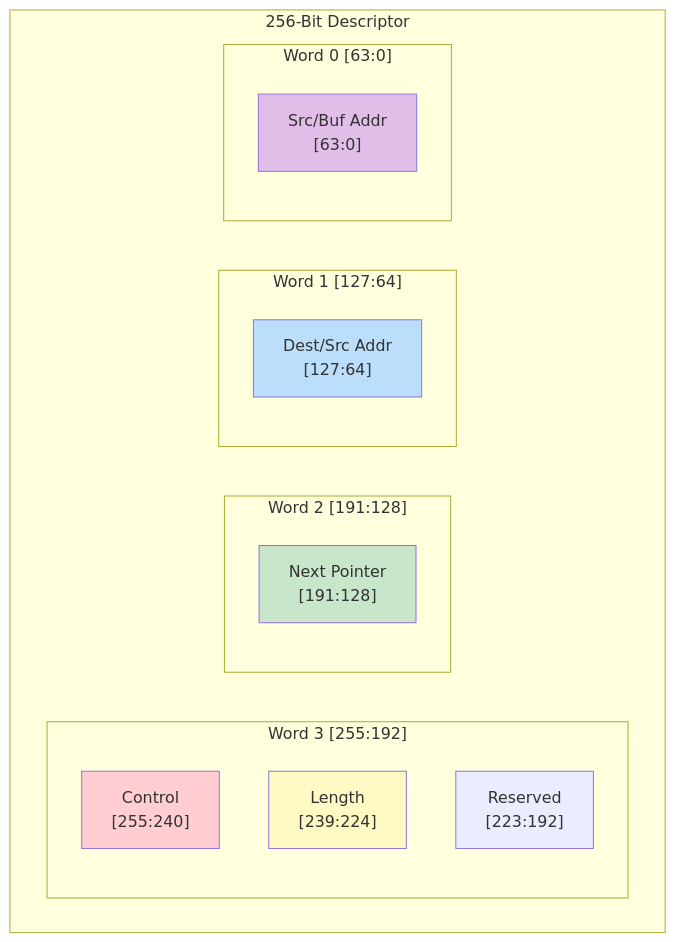
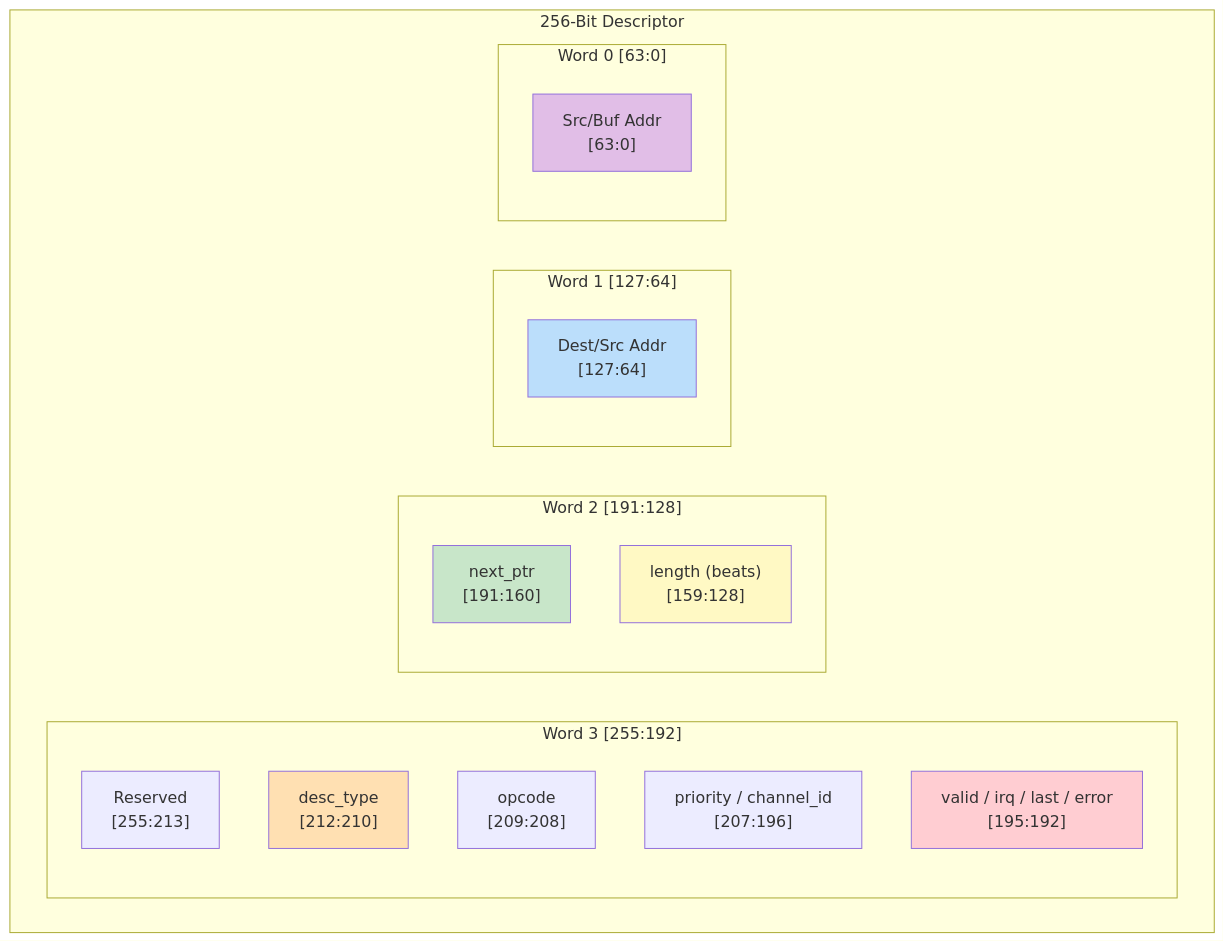
One commit to sean-galloway/RTLDesignSherpa changed the diagram in projects/components/dmas/rapids/docs/rapids_beats_has/ch05_programming/01_descriptor_format.md. Above: the diagram before and after it, drawn with Mermaid. The commit also changed other lines of this file and 2 other files, not shown here.

````diff
--- a/projects/components/dmas/rapids/docs/rapids_beats_has/ch05_programming/01_descriptor_format.md
+++ b/projects/components/dmas/rapids/docs/rapids_beats_has/ch05_programming/01_descriptor_format.md
@@ -55,26 +61,30 @@
 ```mermaid
 graph LR
     subgraph DESC["256-Bit Descriptor"]
         direction LR
         subgraph W3["Word 3 [255:192]"]
-            CTRL["Control<br/>[255:240]"]
-            LEN["Length<br/>[239:224]"]
-            RSV1["Reserved<br/>[223:192]"]
+            RSV1["Reserved<br/>[255:213]"]
+            TYPE["desc_type<br/>[212:210]"]
+            OPC["opcode<br/>[209:208]"]
+            META["priority / channel_id<br/>[207:196]"]
+            CTRL["valid / irq / last / error<br/>[195:192]"]
         end
         subgraph W2["Word 2 [191:128]"]
-            NEXT["Next Pointer<br/>[191:128]"]
+            NEXT["next_ptr<br/>[191:160]"]
+            LEN["length (beats)<br/>[159:128]"]
         end
         subgraph W1["Word 1 [127:64]"]
             DEST["Dest/Src Addr<br/>[127:64]"]
         end
         subgraph W0["Word 0 [63:0]"]
             SRC["Src/Buf Addr<br/>[63:0]"]
         end
     end
 
     style CTRL fill:#ffcdd2
+    style TYPE fill:#ffe0b2
     style LEN fill:#fff9c4
     style NEXT fill:#c8e6c9
     style DEST fill:#bbdefb
     style SRC fill:#e1bee7
 ```
````
